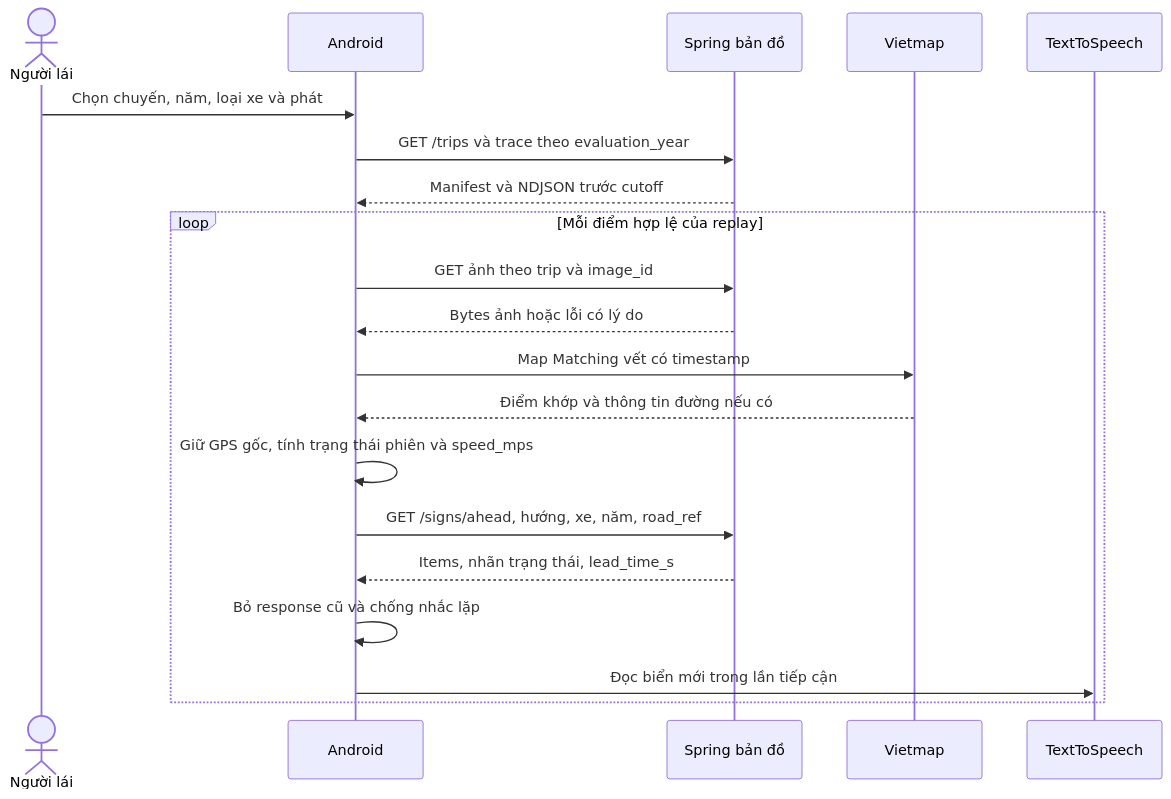
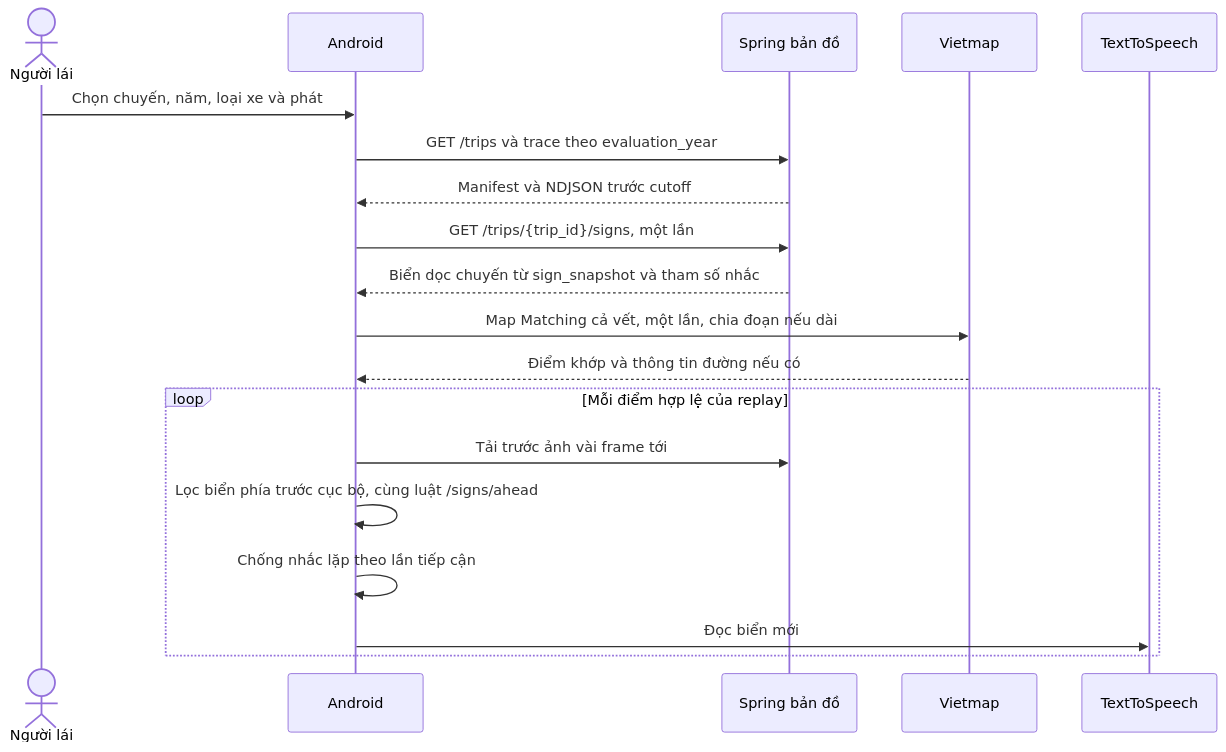
One commit to hana200804/livesign changed the third of 6 diagrams in docs/architecture.md. Above: the diagram before and after it, drawn with Mermaid. The commit also changed other lines of this file and 11 other files, not shown here.

First line of the commit message:
docs: kiến trúc 1.2 — core dùng chung, snapshot dựng sẵn, phát lại cục bộ

````diff
--- a/docs/architecture.md
+++ b/docs/architecture.md
@@ -92,22 +121,21 @@
 ```mermaid
 sequenceDiagram
   actor Driver as Người lái
   participant App as Android
   participant API as Spring bản đồ
   participant VM as Vietmap
   participant TTS as TextToSpeech
   Driver->>App: Chọn chuyến, năm, loại xe và phát
   App->>API: GET /trips và trace theo evaluation_year
   API-->>App: Manifest và NDJSON trước cutoff
+  App->>API: GET /trips/{trip_id}/signs, một lần
+  API-->>App: Biển dọc chuyến từ sign_snapshot và tham số nhắc
+  App->>VM: Map Matching cả vết, một lần, chia đoạn nếu dài
+  VM-->>App: Điểm khớp và thông tin đường nếu có
   loop Mỗi điểm hợp lệ của replay
-    App->>API: GET ảnh theo trip và image_id
-    API-->>App: Bytes ảnh hoặc lỗi có lý do
-    App->>VM: Map Matching vết có timestamp
-    VM-->>App: Điểm khớp và thông tin đường nếu có
-    App->>App: Giữ GPS gốc, tính trạng thái phiên và speed_mps
-    App->>API: GET /signs/ahead, hướng, xe, năm, road_ref
-    API-->>App: Items, nhãn trạng thái, lead_time_s
-    App->>App: Bỏ response cũ và chống nhắc lặp
-    App->>TTS: Đọc biển mới trong lần tiếp cận
+    App->>API: Tải trước ảnh vài frame tới
+    App->>App: Lọc biển phía trước cục bộ, cùng luật /signs/ahead
+    App->>App: Chống nhắc lặp theo lần tiếp cận
+    App->>TTS: Đọc biển mới
   end
 ```
````
